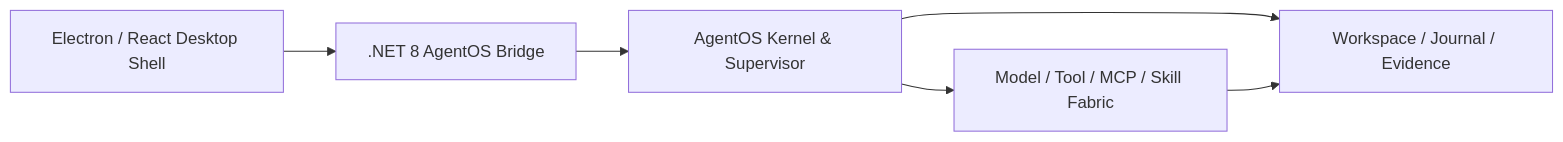
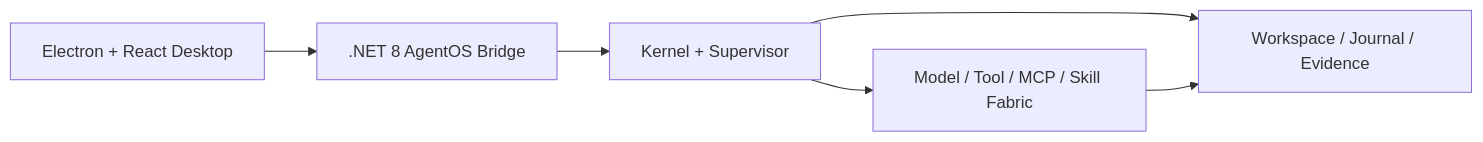
The second of 2 diagrams in README.md (binzi1989/Nova), drawn with Mermaid before and after one commit. The commit also changed other lines of this file, not shown here.

````diff
--- a/README.md
+++ b/README.md
@@ -49,12 +66,12 @@
 ```mermaid
 flowchart LR
-    UI["Electron / React Desktop Shell"]
+    UI["Electron + React Desktop"]
     Bridge[".NET 8 AgentOS Bridge"]
-    Kernel["AgentOS Kernel & Supervisor"]
+    Kernel["Kernel + Supervisor"]
     Fabric["Model / Tool / MCP / Skill Fabric"]
     Truth["Workspace / Journal / Evidence"]
 
     UI --> Bridge --> Kernel --> Fabric
     Kernel --> Truth
     Fabric --> Truth
 ```
````
